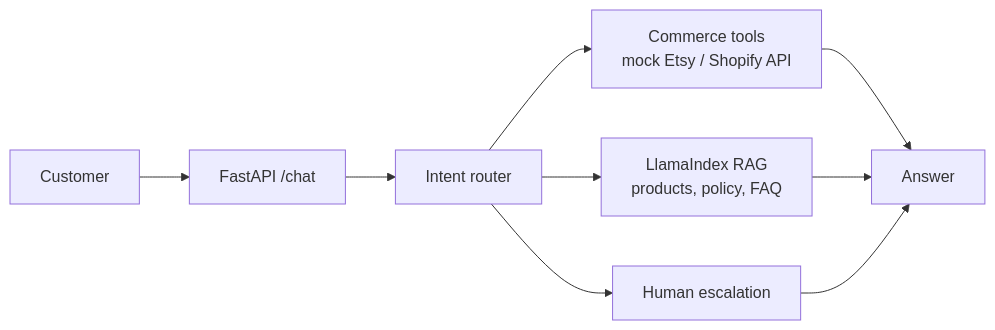
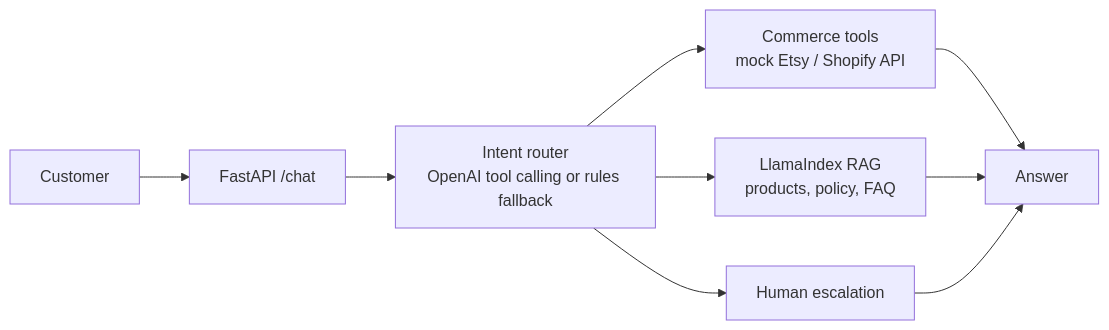
The diagram in README.md (lingyun1010/ecommerce-rag-agent), drawn with Mermaid before and after one commit. The commit also changed other lines of this file and 5 other files, not shown here.

Commit message:
Add OpenAI tool calling router

````diff
--- a/README.md
+++ b/README.md
@@ -16,11 +18,11 @@
 ```mermaid
 flowchart LR
     U["Customer"] --> A["FastAPI /chat"]
-    A --> R["Intent router"]
+    A --> R["Intent router<br/>OpenAI tool calling or rules fallback"]
     R --> C["Commerce tools<br/>mock Etsy / Shopify API"]
     R --> K["LlamaIndex RAG<br/>products, policy, FAQ"]
     R --> E["Human escalation"]
     C --> O["Answer"]
     K --> O
     E --> O
 ```
````
